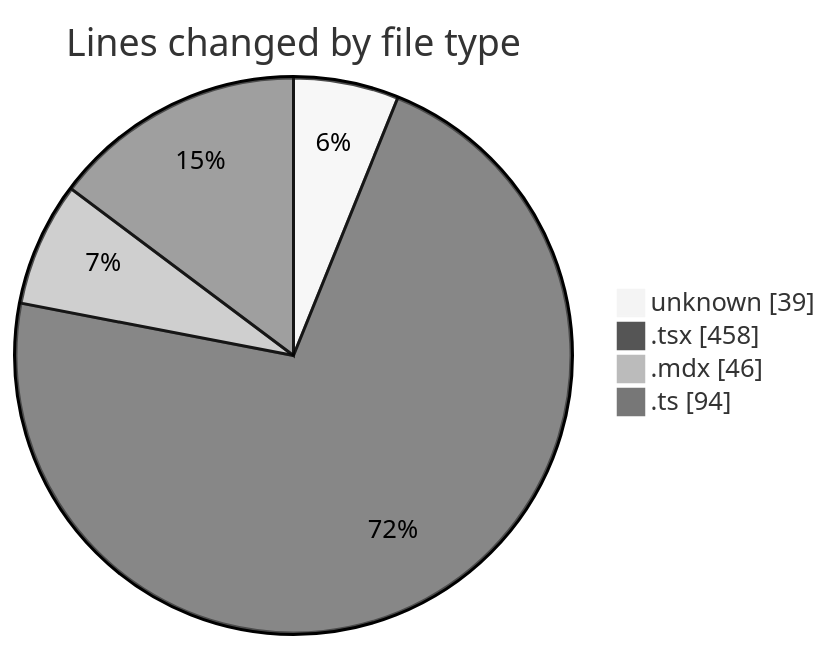
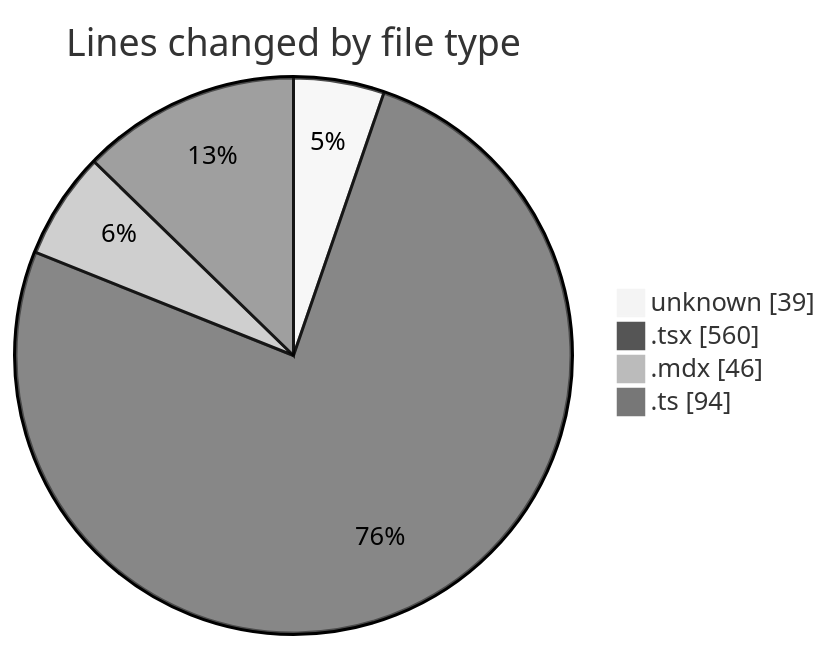
The first of 2 diagrams in 2025-05-24/elitesun/README.md (Elitesun/code-tracking), drawn with Mermaid (neutral theme) before and after one commit. The commit also changed other lines of this file and 1 other file, not shown here.

````diff
--- a/2025-05-24/elitesun/README.md
+++ b/2025-05-24/elitesun/README.md
@@ -27,8 +29,8 @@
 ```mermaid
 pie showData
 title Lines changed by file type
 "unknown" : 39
-".tsx" : 458
+".tsx" : 560
 ".mdx" : 46
 ".ts" : 94
 ```
````
